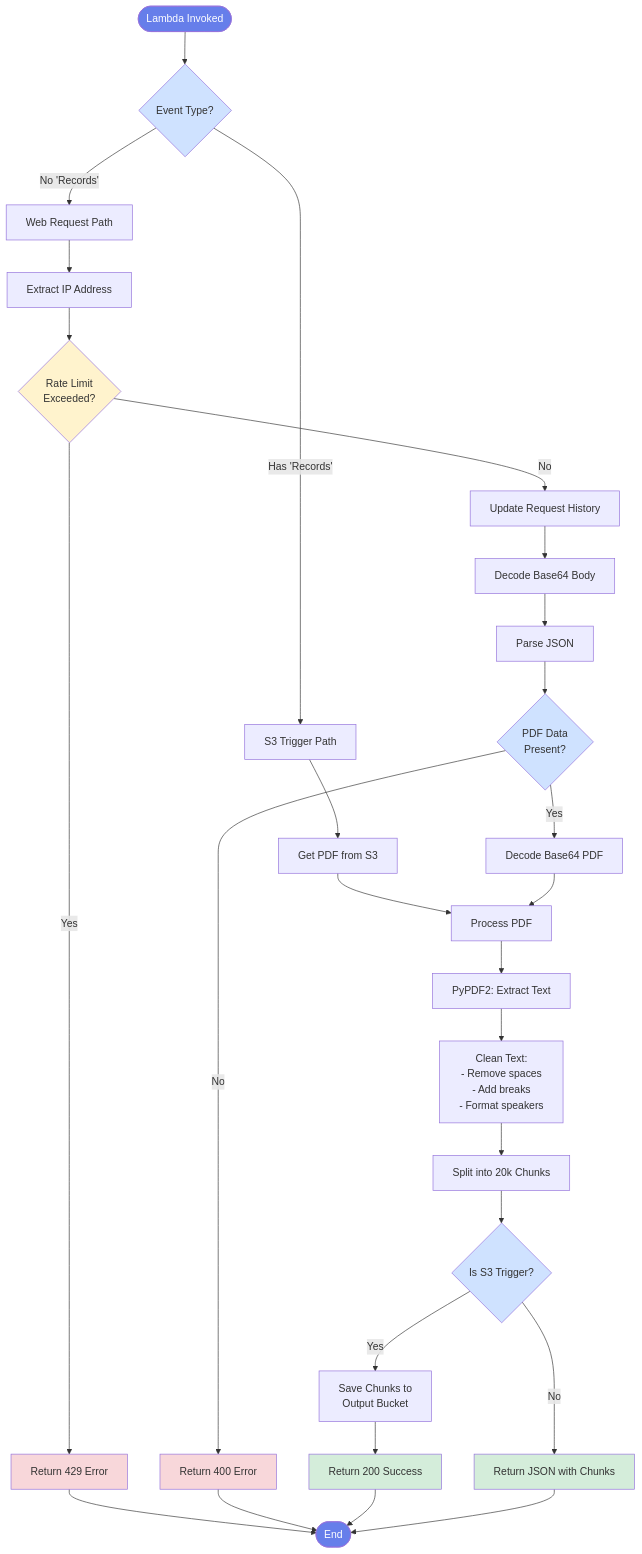
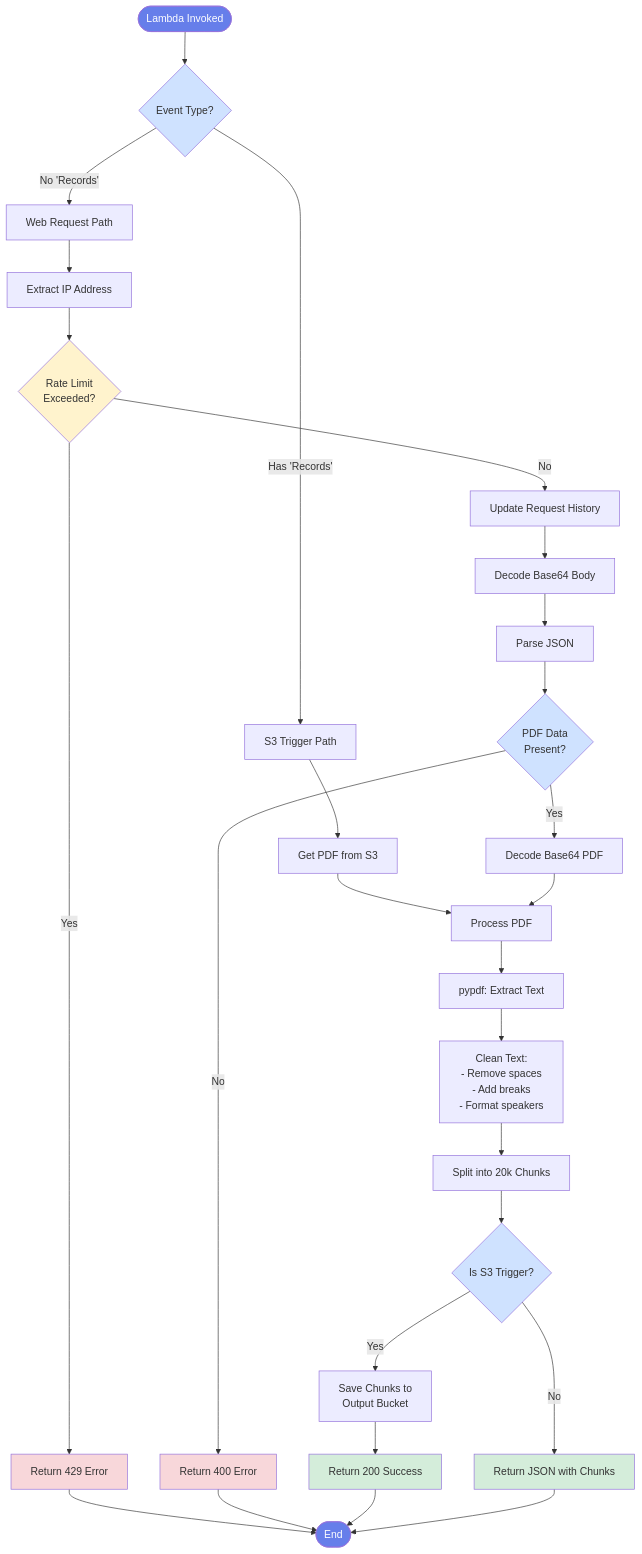
The diagram in Diagrams/code-logic.mermaid (dave-schmidt-dev/pdf-chunker), drawn with Mermaid before and after one commit. The commit also changed 3 other files, not shown here.

First line of the commit message:
Docs: Update Mermaid diagrams for pypdf migration

```diff
--- a/Diagrams/code-logic.mermaid
+++ b/Diagrams/code-logic.mermaid
@@ -1,49 +1,49 @@
 flowchart TD
     Start([Lambda Invoked]) --> CheckEvent{Event Type?}
     
     CheckEvent -->|Has 'Records'| S3Path[S3 Trigger Path]
     CheckEvent -->|No 'Records'| WebPath[Web Request Path]
     
     S3Path --> S3Get[Get PDF from S3]
     S3Get --> Process[Process PDF]
     
     WebPath --> GetIP[Extract IP Address]
     GetIP --> RateCheck{Rate Limit<br/>Exceeded?}
     
     RateCheck -->|Yes| Return429[Return 429 Error]
     Return429 --> End([End])
     
     RateCheck -->|No| UpdateRate[Update Request History]
     UpdateRate --> DecodeBody[Decode Base64 Body]
     DecodeBody --> ParseJSON[Parse JSON]
     ParseJSON --> CheckPDF{PDF Data<br/>Present?}
     
     CheckPDF -->|No| Return400[Return 400 Error]
     Return400 --> End
     
     CheckPDF -->|Yes| DecodePDF[Decode Base64 PDF]
     DecodePDF --> Process
     
-    Process --> Extract[PyPDF2: Extract Text]
+    Process --> Extract[pypdf: Extract Text]
     Extract --> Clean[Clean Text:<br/>- Remove spaces<br/>- Add breaks<br/>- Format speakers]
     Clean --> Split[Split into 20k Chunks]
     
     Split --> S3Check{Is S3 Trigger?}
     
     S3Check -->|Yes| SaveS3[Save Chunks to<br/>Output Bucket]
     SaveS3 --> Return200S3[Return 200 Success]
     Return200S3 --> End
     
     S3Check -->|No| ReturnJSON[Return JSON with Chunks]
     ReturnJSON --> End
     
     style Start fill:#667eea,color:#fff
     style End fill:#667eea,color:#fff
     style Return429 fill:#f8d7da
     style Return400 fill:#f8d7da
     style Return200S3 fill:#d4edda
     style ReturnJSON fill:#d4edda
     style RateCheck fill:#fff3cd
     style CheckEvent fill:#cfe2ff
     style CheckPDF fill:#cfe2ff
     style S3Check fill:#cfe2ff
```
